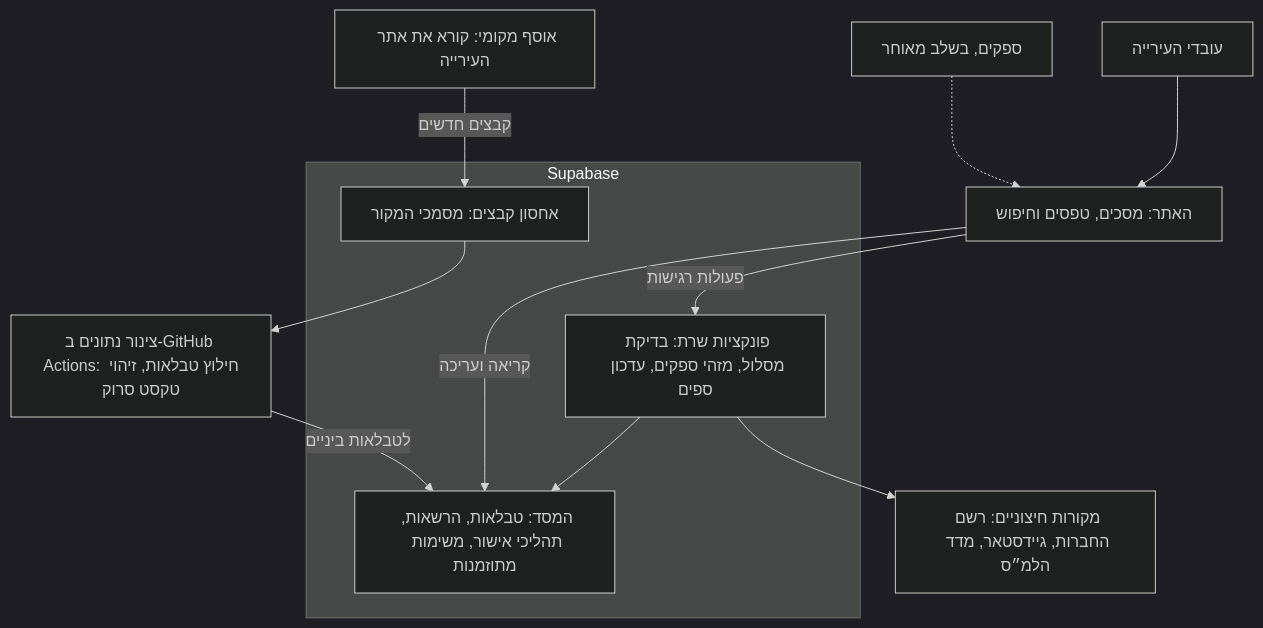
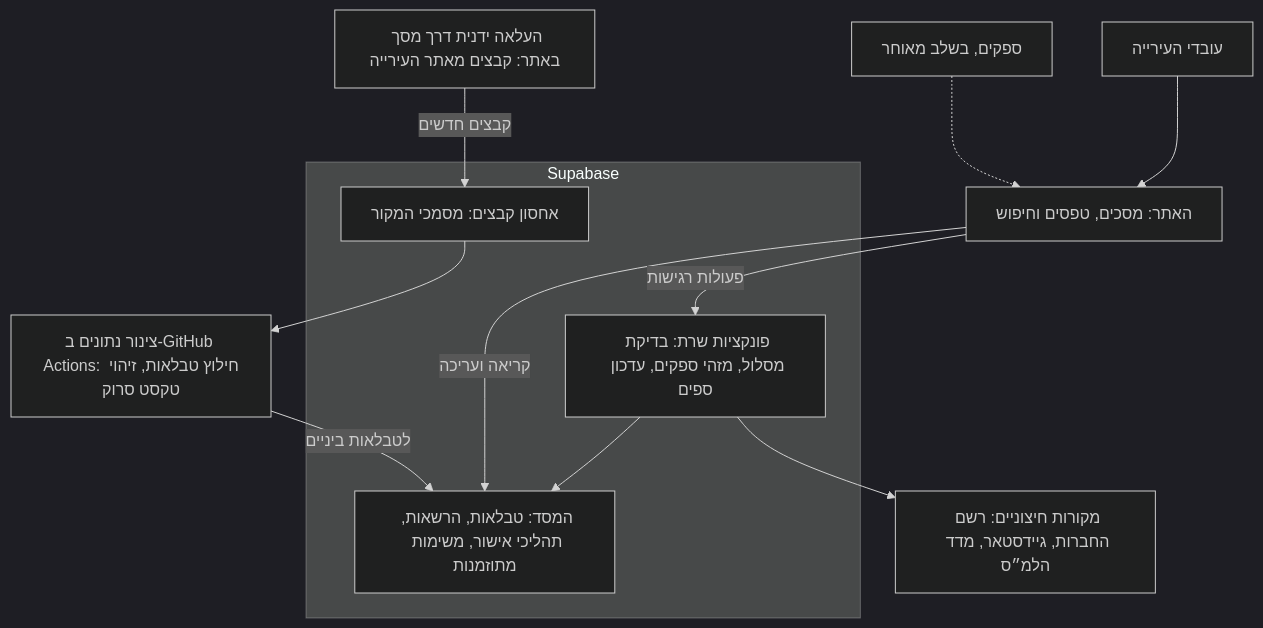
The diagram in documentation/architecture-plan-he.md (menashsoffer/Jerusalem-Municipality-Consultants), drawn with Mermaid (dark theme) before and after one commit. The commit also changed other lines of this file and 6 other files, not shown here.

First line of the commit message:
Record the five architecture decisions

````diff
--- a/documentation/architecture-plan-he.md
+++ b/documentation/architecture-plan-he.md
@@ -64,17 +65,17 @@
 ```mermaid
 flowchart TD
   users[עובדי העירייה] --> site[האתר: מסכים, טפסים וחיפוש]
   suppliers[ספקים, בשלב מאוחר] -.-> site
   subgraph supabase [Supabase]
     functions[פונקציות שרת: בדיקת מסלול, מזהי ספקים, עדכון ספים]
     db[המסד: טבלאות, הרשאות, תהליכי אישור, משימות מתוזמנות]
     storage[אחסון קבצים: מסמכי המקור]
     functions --> db
   end
   site -- קריאה ועריכה --> db
   site -- פעולות רגישות --> functions
   functions --> external[מקורות חיצוניים: רשם החברות, גיידסטאר, מדד הלמ״ס]
-  collector[אוסף מקומי: קורא את אתר העירייה] -- קבצים חדשים --> storage
+  upload[העלאה ידנית דרך מסך באתר: קבצים מאתר העירייה] -- קבצים חדשים --> storage
   storage --> pipeline[צינור נתונים ב-GitHub Actions: חילוץ טבלאות, זיהוי טקסט סרוק]
   pipeline -- לטבלאות ביניים --> db
 ```
````
